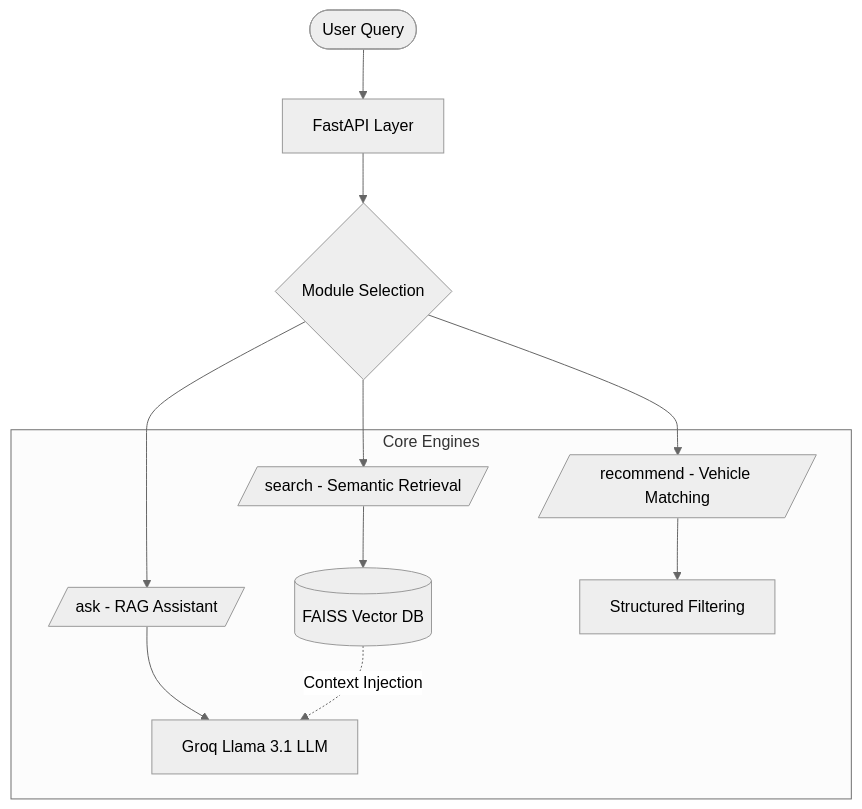
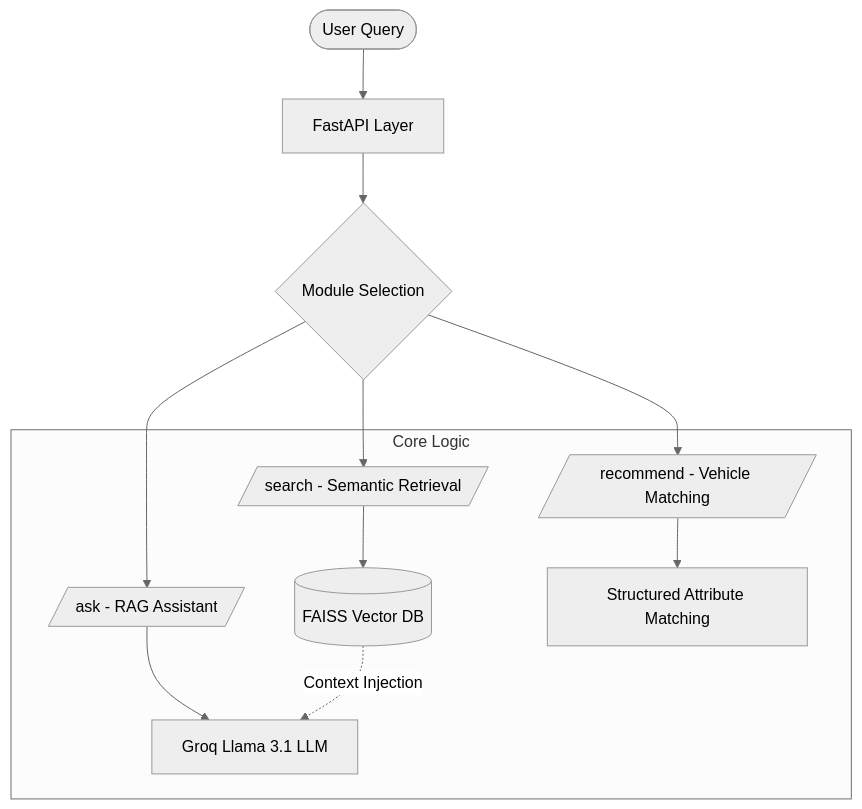
Before and after one commit to deepuzz11/automotive-ai-rag-assistant: the diagram in README.md, drawn with Mermaid (neutral theme). The commit also changed other lines of this file and 6 other files, not shown here.

````diff
--- a/README.md
+++ b/README.md
@@ -94,17 +124,17 @@
 ```mermaid
 graph TD
     User([User Query]) --> API[FastAPI Layer]
     API --> Intent{Module Selection}
     
     Intent --> Search[/search - Semantic Retrieval/]
     Intent --> Ask[/ask - RAG Assistant/]
     Intent --> Rec[/recommend - Vehicle Matching/]
     
-    subgraph "Core Engines"
+    subgraph "Core Logic"
         Search --> FAISS[(FAISS Vector DB)]
         Ask --> Groq[Groq Llama 3.1 LLM]
-        Rec --> Logic[Structured Filtering]
+        Rec --> Filtering[Structured Attribute Matching]
     end
     
     FAISS -.->|Context Injection| Groq
 ```
````
